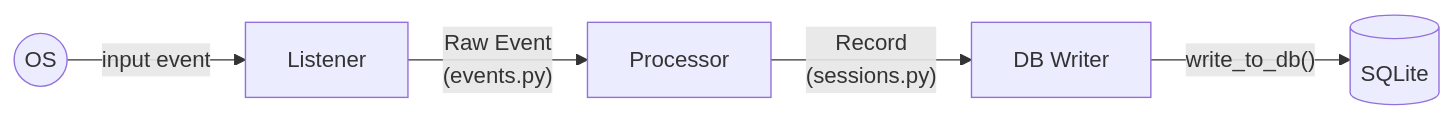
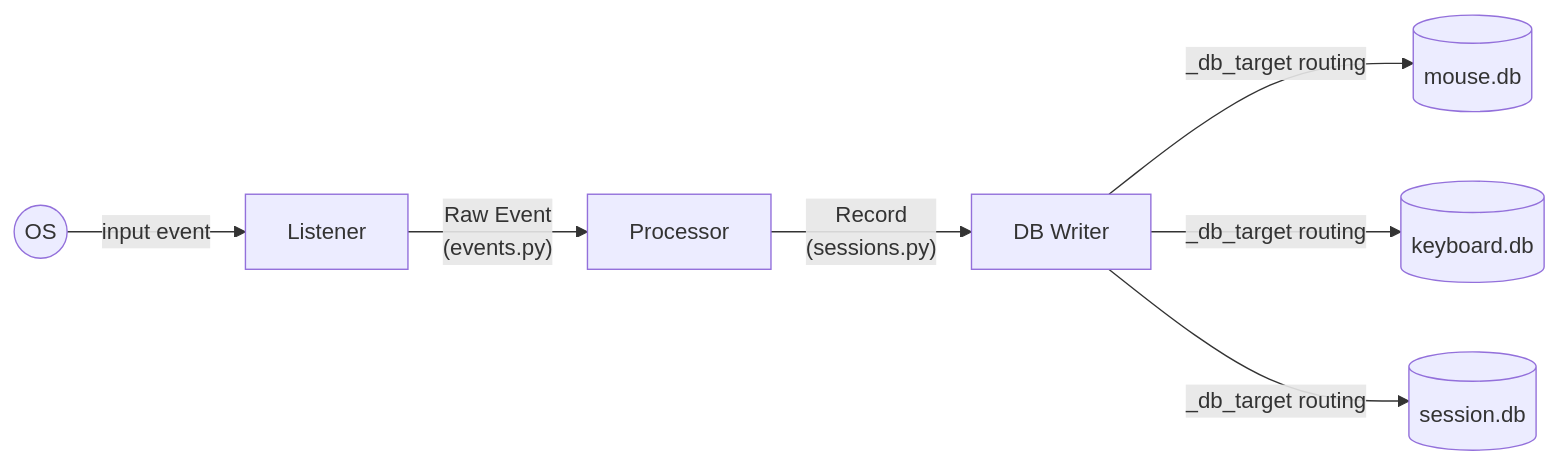
One commit to UVuruna/InputDNA changed the diagram in models/__models.md. Above: the diagram before and after it, drawn with Mermaid. The commit also changed other lines of this file and 3 other files, not shown here.

````diff
--- a/models/__models.md
+++ b/models/__models.md
@@ -84,7 +93,9 @@
 ```mermaid
 flowchart LR
     OS((OS)) -- "input event" --> L[Listener]
     L -- "Raw Event\n(events.py)" --> P[Processor]
     P -- "Record\n(sessions.py)" --> W[DB Writer]
-    W -- "write_to_db()" --> DB[(SQLite)]
+    W -- "_db_target routing" --> M[(mouse.db)]
+    W -- "_db_target routing" --> K[(keyboard.db)]
+    W -- "_db_target routing" --> S[(session.db)]
 ```
````
